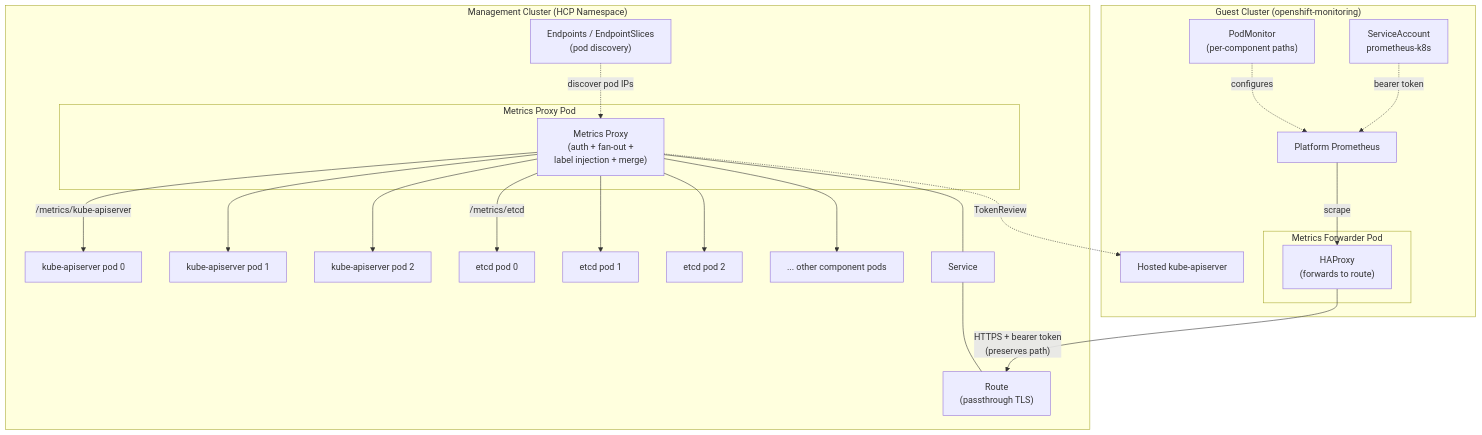
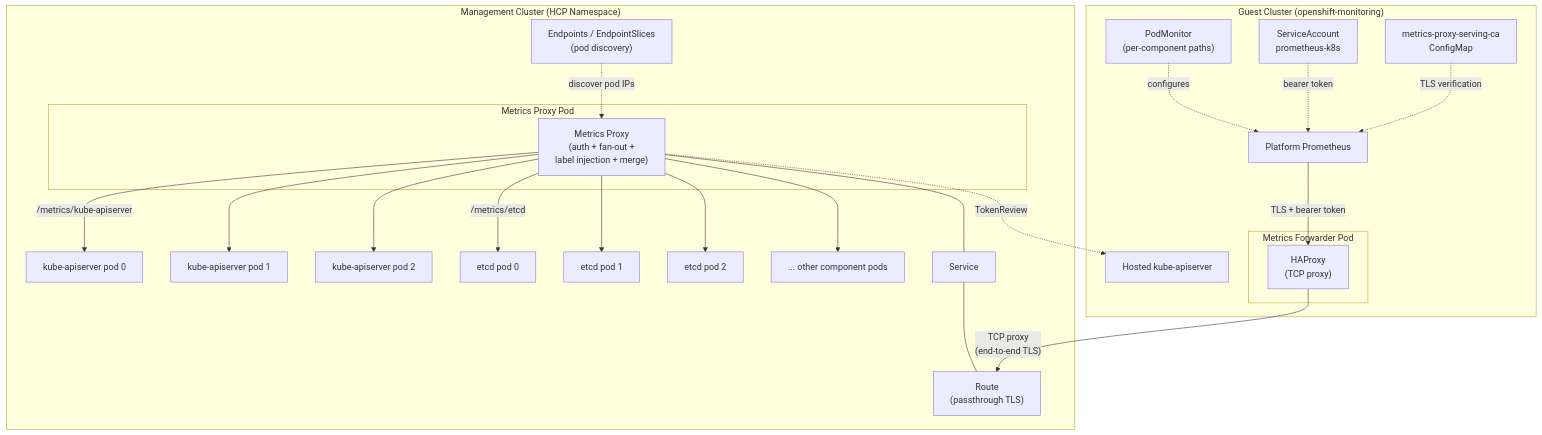
The diagram in enhancements/hypershift/hosted-control-plane-metrics-exposure.md (openshift/enhancements), drawn with Mermaid before and after one commit. The commit also changed other lines of this file, not shown here.

````diff
--- a/enhancements/hypershift/hosted-control-plane-metrics-exposure.md
+++ b/enhancements/hypershift/hosted-control-plane-metrics-exposure.md
@@ -138,51 +141,53 @@
 ```mermaid
 graph TD
     subgraph mc["Management Cluster (HCP Namespace)"]
         kas0["kube-apiserver pod 0"]
         kas1["kube-apiserver pod 1"]
         kas2["kube-apiserver pod 2"]
         etcd0["etcd pod 0"]
         etcd1["etcd pod 1"]
         etcd2["etcd pod 2"]
         others["... other component pods"]
 
         subgraph proxypod["Metrics Proxy Pod"]
             proxy["Metrics Proxy<br/>(auth + fan-out +<br/>label injection + merge)"]
         end
 
         proxy -- "/metrics/kube-apiserver" --> kas0
         proxy --> kas1
         proxy --> kas2
         proxy -- "/metrics/etcd" --> etcd0
         proxy --> etcd1
         proxy --> etcd2
         proxy --> others
 
         ep["Endpoints / EndpointSlices<br/>(pod discovery)"]
         ep -. "discover pod IPs" .-> proxy
 
         svc["Service"]
         route["Route<br/>(passthrough TLS)"]
 
         proxy --- svc
         svc --- route
     end
 
     subgraph gc["Guest Cluster (openshift-monitoring)"]
         subgraph fwdpod["Metrics Forwarder Pod"]
-            fwd["HAProxy<br/>(forwards to route)"]
+            fwd["HAProxy<br/>(TCP proxy)"]
         end
 
         pm["PodMonitor<br/>(per-component paths)"]
         prom["Platform Prometheus"]
         sa["ServiceAccount<br/>prometheus-k8s"]
         hosted_kas["Hosted kube-apiserver"]
+        ca["metrics-proxy-serving-ca<br/>ConfigMap"]
 
         pm -. "configures" .-> prom
         sa -. "bearer token" .-> prom
-        prom -- "scrape" --> fwd
+        ca -. "TLS verification" .-> prom
+        prom -- "TLS + bearer token" --> fwd
     end
 
-    fwd -- "HTTPS + bearer token<br/>(preserves path)" --> route
+    fwd -- "TCP proxy<br/>(end-to-end TLS)" --> route
     proxy -. "TokenReview" .-> hosted_kas
 ```
````
